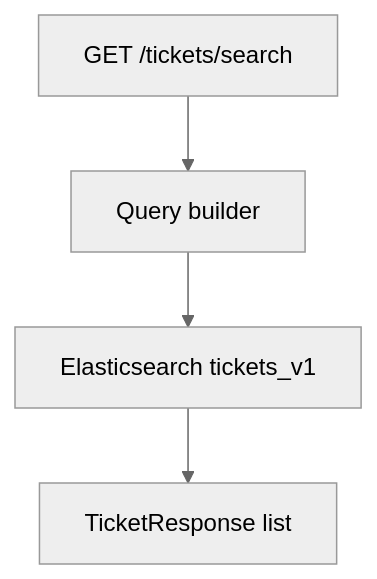
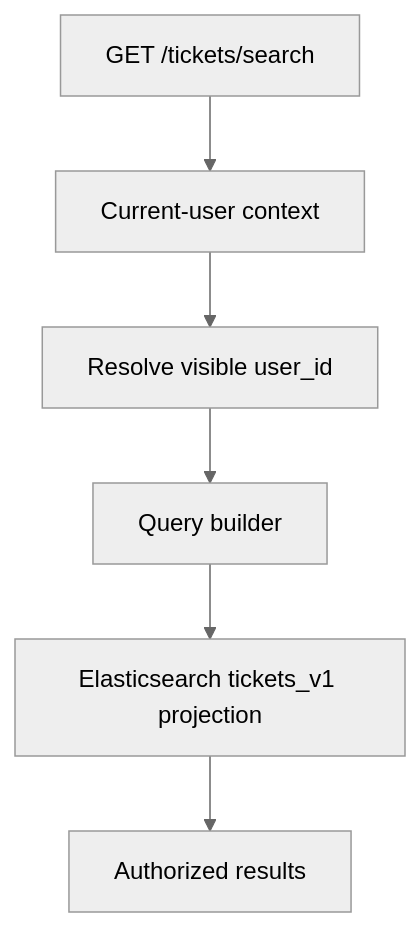
The third of 3 diagrams in README.md (melika-kheirieh/fastapi-ticket-search-service), drawn with Mermaid (neutral theme) before and after one commit. The commit also changed other lines of this file and 3 other files, not shown here.

````diff
--- a/README.md
+++ b/README.md
@@ -93,6 +104,8 @@
 ```mermaid
 flowchart TD
-    A["GET /tickets/search"] --> B["Query builder"]
-    B --> C["Elasticsearch tickets_v1"]
-    C --> D["TicketResponse list"]
+    A["GET /tickets/search"] --> B["Current-user context"]
+    B --> C["Resolve visible user_id"]
+    C --> D["Query builder"]
+    D --> E["Elasticsearch tickets_v1 projection"]
+    E --> F["Authorized results"]
 ```
````
